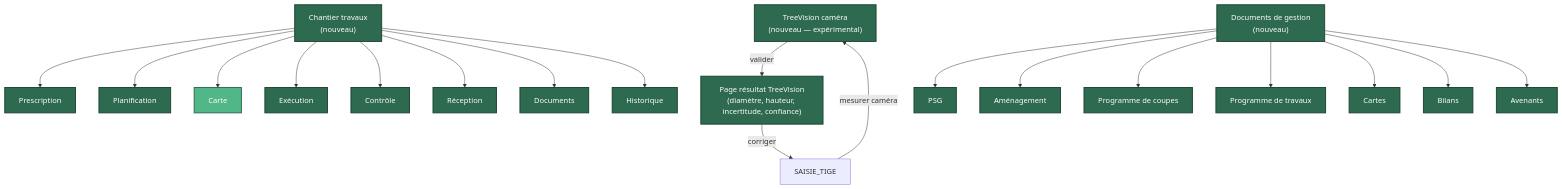
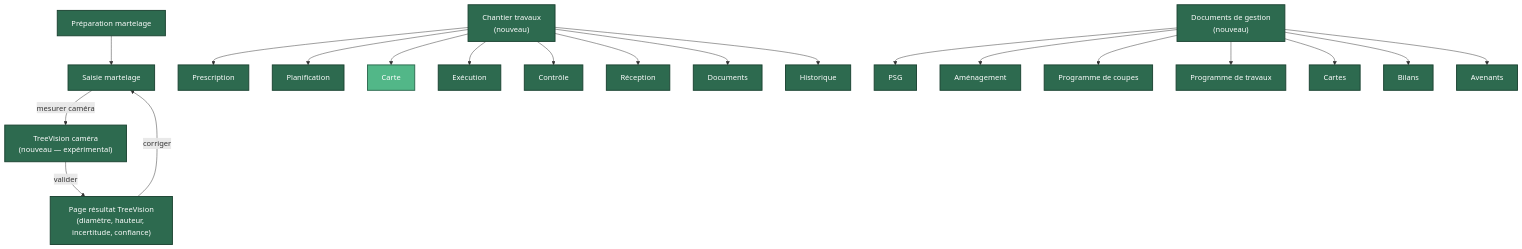
One commit to NeooeN45/GeoSylva-new changed diagram 11 of 12 in docs/UI_NAVIGATION_MAP.md. Above: the diagram before and after it, drawn with Mermaid. The commit also changed other lines of this file and 2 other files, not shown here.

Commit message:
fix(ui): TreeVision déplacé de Tiges vers Martelage
Tiges devient visualisation (liste + carte + infos par tige).
TreeVision accessible depuis Martelage > Saisie > mesurer caméra.
Corrigé dans spec §29.16, §29.30, §29.35 + cartes navigation MD/HTML.

Generated with [Devin](https://devin.ai)

````diff
--- a/docs/UI_NAVIGATION_MAP.md
+++ b/docs/UI_NAVIGATION_MAP.md
@@ -431,32 +431,35 @@
 ```mermaid
 flowchart TD
+    PREP_MARTEL["Préparation martelage"]:::new
+    SAISIE_MARTEL["Saisie martelage"]:::new
     TREEVISION["TreeVision caméra<br/>(nouveau — expérimental)"]:::new
     TV_RESULT["Page résultat TreeVision<br/>(diamètre, hauteur, incertitude, confiance)"]:::new
 
+    PREP_MARTEL --> SAISIE_MARTEL
+    SAISIE_MARTEL -->|mesurer caméra| TREEVISION
     TREEVISION -->|valider| TV_RESULT
-    TV_RESULT -->|corriger| SAISIE_TIGE
-    SAISIE_TIGE -->|mesurer caméra| TREEVISION
+    TV_RESULT -->|corriger| SAISIE_MARTEL
 
     PA_TRAVAUX["Chantier travaux<br/>(nouveau)"]:::new
     PA_TRAVAUX --> T_PRESC["Prescription"]:::new
     PA_TRAVAUX --> T_PLAN["Planification"]:::new
     PA_TRAVAUX --> T_CARTE["Carte"]:::kept
     PA_TRAVAUX --> T_EXEC["Exécution"]:::new
     PA_TRAVAUX --> T_CTRL["Contrôle"]:::new
     PA_TRAVAUX --> T_RECEPT["Réception"]:::new
     PA_TRAVAUX --> T_DOCS["Documents"]:::new
     PA_TRAVAUX --> T_HIST["Historique"]:::new
 
     F_DOCS["Documents de gestion<br/>(nouveau)"]:::new
     F_DOCS --> DOC_PSG["PSG"]:::new
     F_DOCS --> DOC_AMEN["Aménagement"]:::new
     F_DOCS --> DOC_COUPE["Programme de coupes"]:::new
     F_DOCS --> DOC_TRAV["Programme de travaux"]:::new
     F_DOCS --> DOC_CARTES["Cartes"]:::new
     F_DOCS --> DOC_BILAN["Bilans"]:::new
     F_DOCS --> DOC_AVEN["Avenants"]:::new
 
     classDef new fill:#2d6a4f,color:#fff,stroke:#1b4332,stroke-width:2px
     classDef kept fill:#52b788,color:#fff,stroke:#2d6a4f,stroke-width:2px
     classDef transformed fill:#e76f51,color:#fff,stroke:#9c3d28,stroke-width:2px
 ```
````
